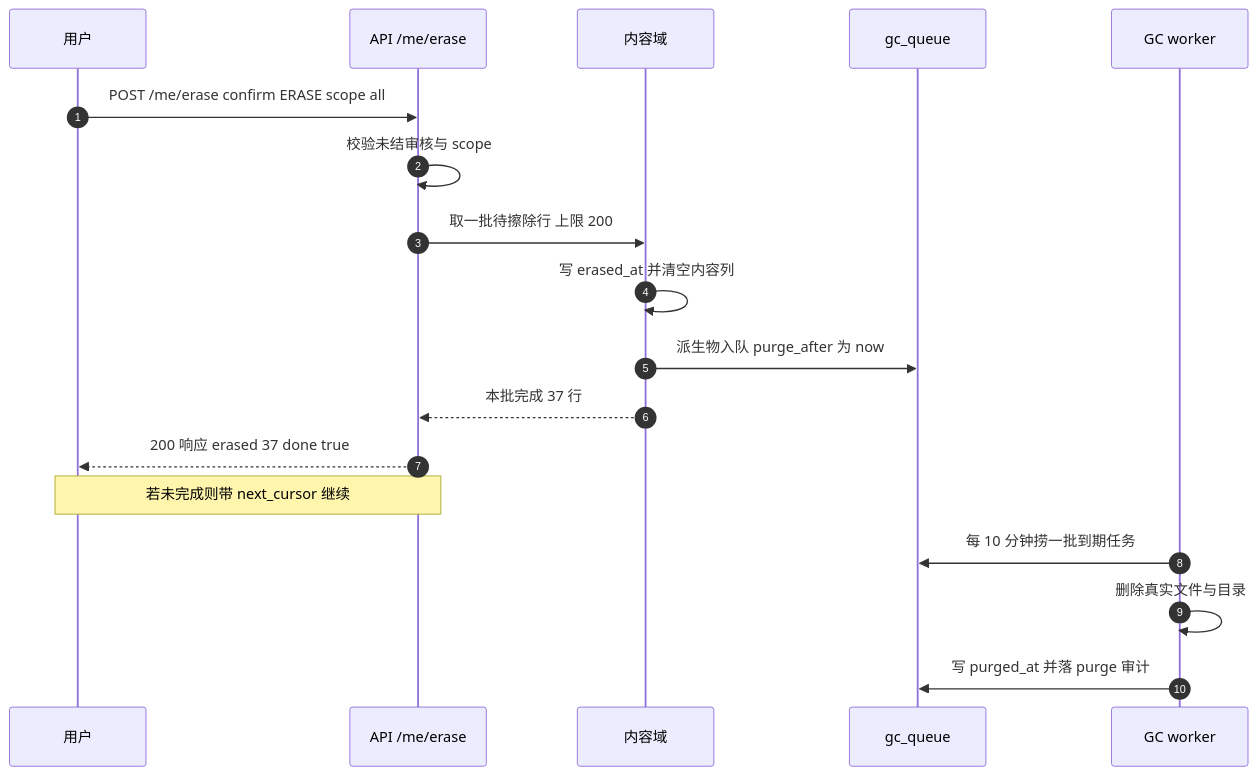
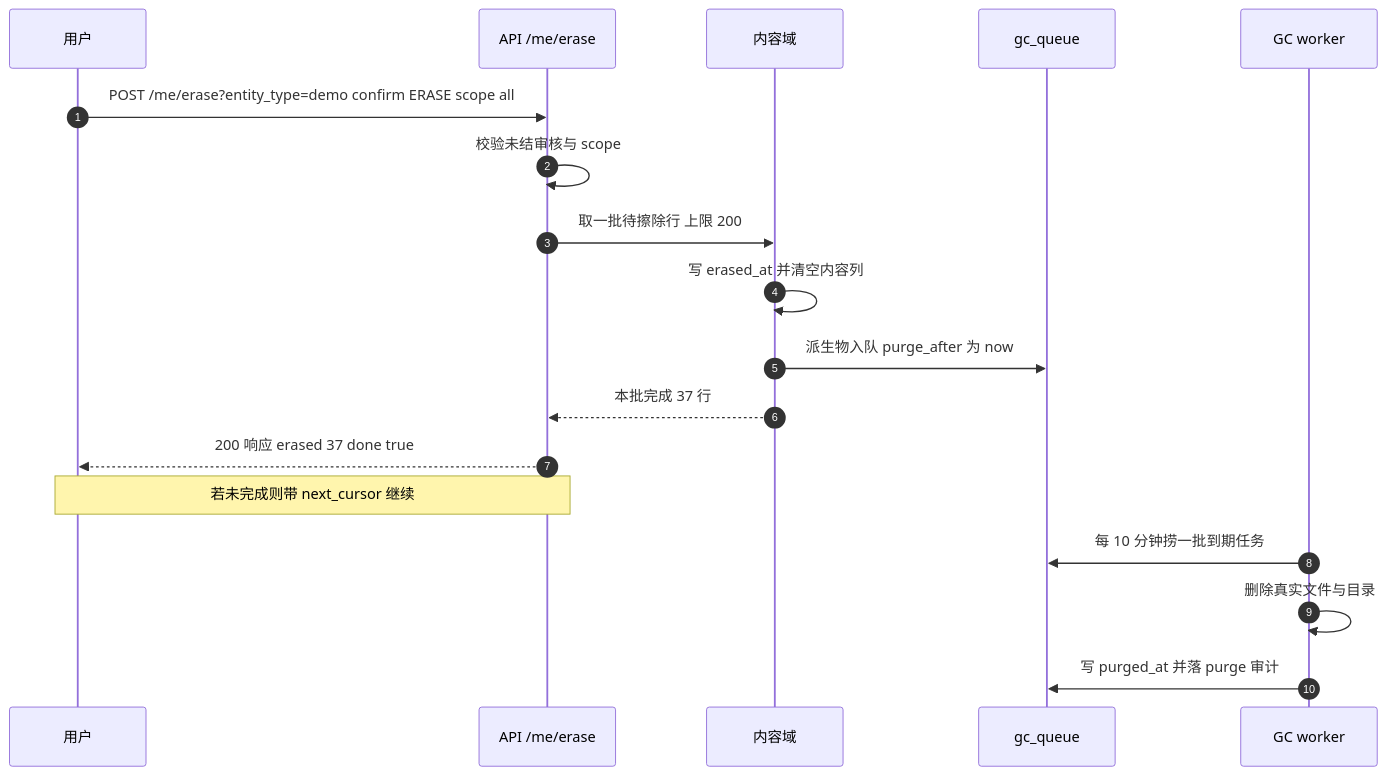
Before and after one commit to deepdemos/ds-demos-showcase: the third of 3 diagrams in docs/数据生命周期设计.md, drawn with Mermaid. The commit also changed other lines of this file and 14 other files, not shown here.

````diff
--- a/docs/数据生命周期设计.md
+++ b/docs/数据生命周期设计.md
@@ -496,21 +529,21 @@
 ```mermaid
 sequenceDiagram
     autonumber
     participant U as 用户
     participant A as API /me/erase
     participant C as 内容域
     participant Q as gc_queue
     participant W as GC worker
 
-    U->>A: POST /me/erase confirm ERASE scope all
+    U->>A: POST /me/erase?entity_type=demo confirm ERASE scope all
     A->>A: 校验未结审核与 scope
     A->>C: 取一批待擦除行 上限 200
     C->>C: 写 erased_at 并清空内容列
     C->>Q: 派生物入队 purge_after 为 now
     C-->>A: 本批完成 37 行
     A-->>U: 200 响应 erased 37 done true
     Note over U,A: 若未完成则带 next_cursor 继续
     W->>Q: 每 10 分钟捞一批到期任务
     W->>W: 删除真实文件与目录
     W->>Q: 写 purged_at 并落 purge 审计
 ```
````
